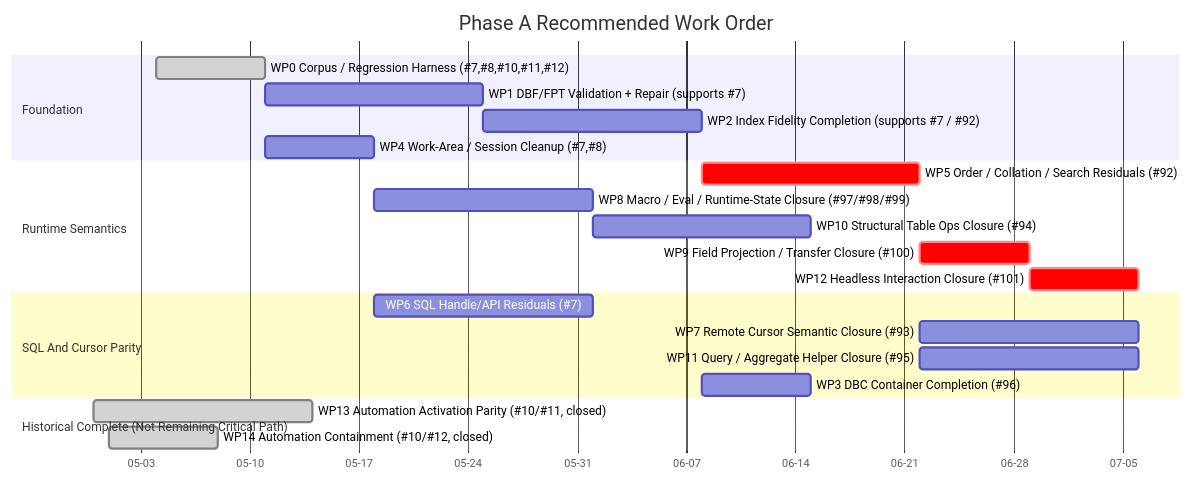
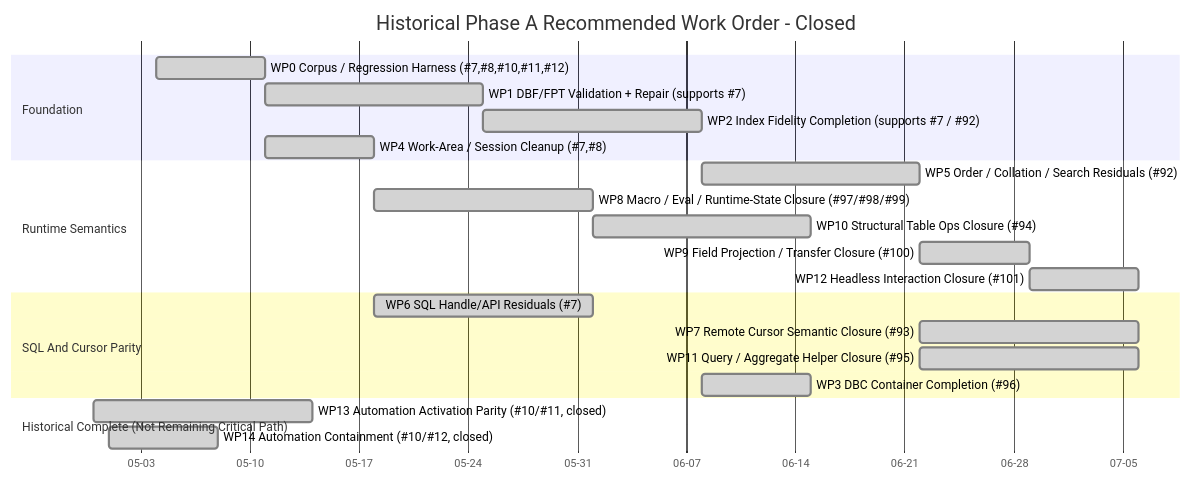
The second of 3 diagrams in docs/23-phase-a-dependency-breakdown.md (rhamenator/Project-Copperfin), drawn with Mermaid before and after one commit. The commit also changed other lines of this file and 13 other files, not shown here.

````diff
--- a/docs/23-phase-a-dependency-breakdown.md
+++ b/docs/23-phase-a-dependency-breakdown.md
@@ -223,29 +222,29 @@
 ```mermaid
 gantt
-    title Phase A Recommended Work Order
+    title Historical Phase A Recommended Work Order - Closed
     dateFormat  YYYY-MM-DD
     axisFormat  %m-%d
 
     section Foundation
     WP0 Corpus / Regression Harness (#7,#8,#10,#11,#12) :done, wp0, 2026-05-04, 1w
-    WP1 DBF/FPT Validation + Repair (supports #7)       :wp1, after wp0, 2w
-    WP2 Index Fidelity Completion (supports #7 / #92)   :wp2, after wp1, 2w
-    WP4 Work-Area / Session Cleanup (#7,#8)             :wp4, after wp0, 1w
+    WP1 DBF/FPT Validation + Repair (supports #7)       :done, wp1, after wp0, 2w
+    WP2 Index Fidelity Completion (supports #7 / #92)   :done, wp2, after wp1, 2w
+    WP4 Work-Area / Session Cleanup (#7,#8)             :done, wp4, after wp0, 1w
 
     section Runtime Semantics
-    WP5 Order / Collation / Search Residuals (#92)      :crit, wp5, after wp2, 2w
-    WP8 Macro / Eval / Runtime-State Closure (#97/#98/#99) :wp8, after wp4, 2w
-    WP10 Structural Table Ops Closure (#94)             :wp10, after wp8, 2w
-    WP9 Field Projection / Transfer Closure (#100)      :crit, wp9, after wp5, 1w
-    WP12 Headless Interaction Closure (#101)            :crit, wp12, after wp9, 1w
+    WP5 Order / Collation / Search Residuals (#92)      :done, wp5, after wp2, 2w
+    WP8 Macro / Eval / Runtime-State Closure (#97/#98/#99) :done, wp8, after wp4, 2w
+    WP10 Structural Table Ops Closure (#94)             :done, wp10, after wp8, 2w
+    WP9 Field Projection / Transfer Closure (#100)      :done, wp9, after wp5, 1w
+    WP12 Headless Interaction Closure (#101)            :done, wp12, after wp9, 1w
 
     section SQL And Cursor Parity
-    WP6 SQL Handle/API Residuals (#7)                   :wp6, after wp4, 2w
-    WP7 Remote Cursor Semantic Closure (#93)           :wp7, after wp5, 2w
-    WP11 Query / Aggregate Helper Closure (#95)        :wp11, after wp5, 2w
-    WP3 DBC Container Completion (#96)                 :wp3, after wp2, 1w
+    WP6 SQL Handle/API Residuals (#7)                   :done, wp6, after wp4, 2w
+    WP7 Remote Cursor Semantic Closure (#93)           :done, wp7, after wp5, 2w
+    WP11 Query / Aggregate Helper Closure (#95)        :done, wp11, after wp5, 2w
+    WP3 DBC Container Completion (#96)                 :done, wp3, after wp2, 1w
 
     section Historical Complete (Not Remaining Critical Path)
     WP13 Automation Activation Parity (#10/#11, closed)   :done, wp13, 2026-04-30, 2w
     WP14 Automation Containment (#10/#12, closed)         :done, wp14, 2026-05-01, 1w
 ```
````
